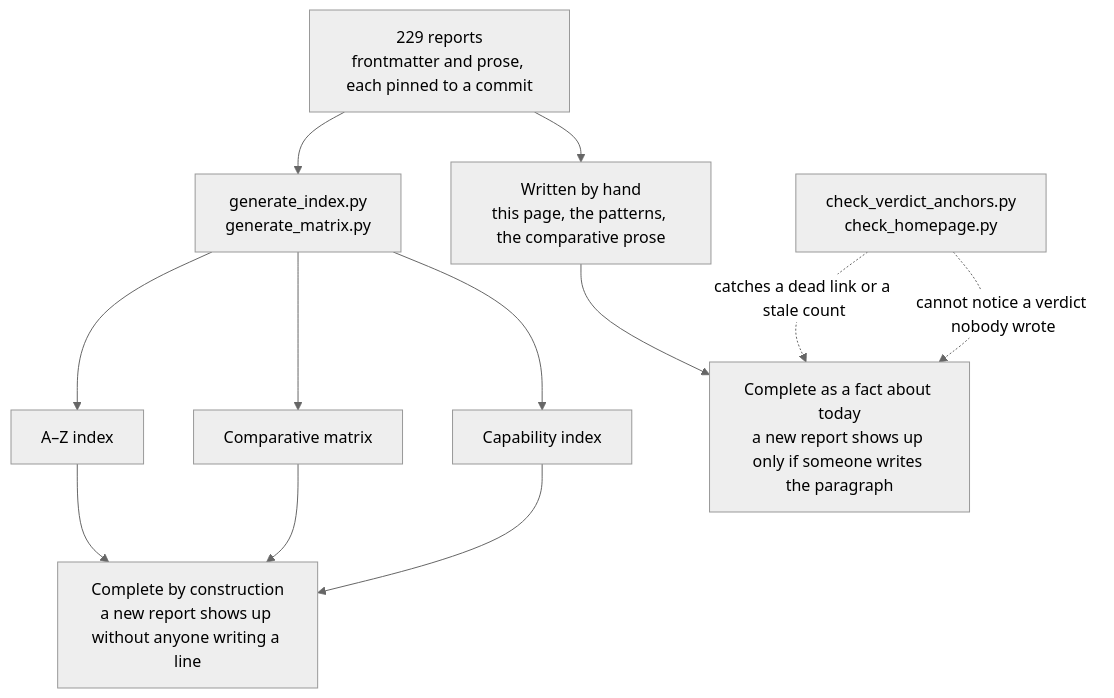
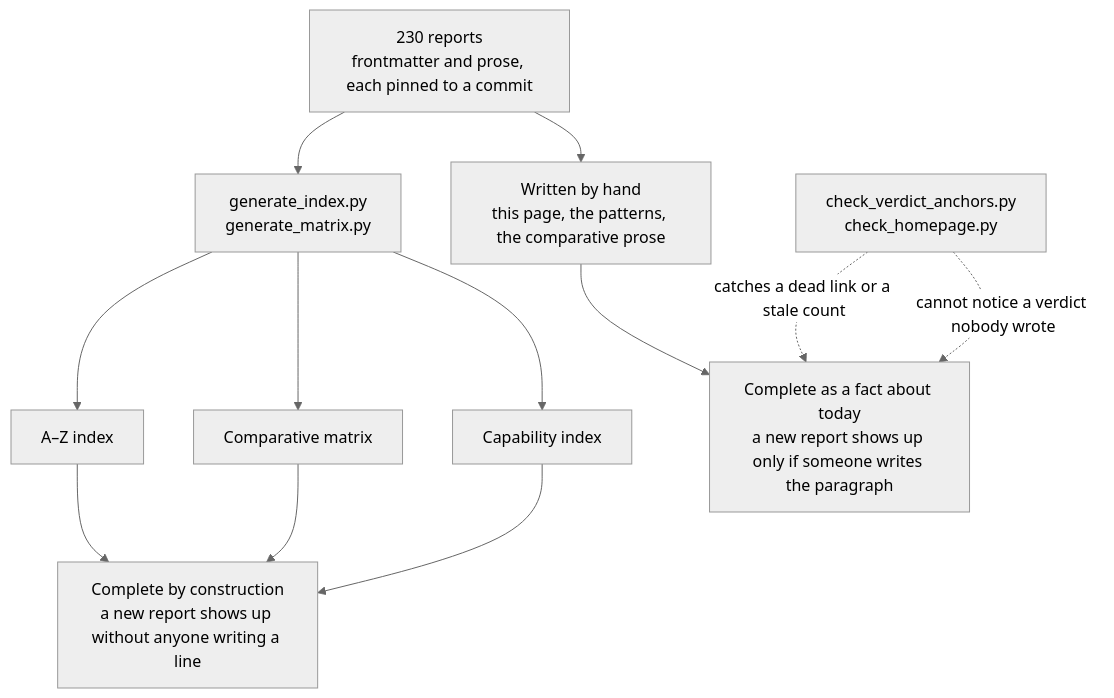
One commit to neoneye/agent-memory-atlas changed the diagram in content/verdicts.md. Above: the diagram before and after it, drawn with Mermaid (neutral theme). The commit also changed other lines of this file and 19 other files, not shown here.

````diff
--- a/content/verdicts.md
+++ b/content/verdicts.md
@@ -40,15 +40,15 @@
 ```mermaid
 flowchart TD
-    R["229 reports<br/>frontmatter and prose, each pinned to a commit"]
+    R["230 reports<br/>frontmatter and prose, each pinned to a commit"]
     R --> GEN["generate_index.py<br/>generate_matrix.py"]
     R --> HAND["Written by hand<br/>this page, the patterns, the comparative prose"]
     GEN --> AZ["A–Z index"]
     GEN --> MX["Comparative matrix"]
     GEN --> CI["Capability index"]
     AZ --> CONST["Complete by construction<br/>a new report shows up without anyone writing a line"]
     MX --> CONST
     CI --> CONST
     HAND --> TODAY["Complete as a fact about today<br/>a new report shows up only if someone writes the paragraph"]
     CHK["check_verdict_anchors.py<br/>check_homepage.py"] -.->|"catches a dead link or a stale count"| TODAY
     CHK -.->|"cannot notice a verdict nobody wrote"| TODAY
 ```
````
